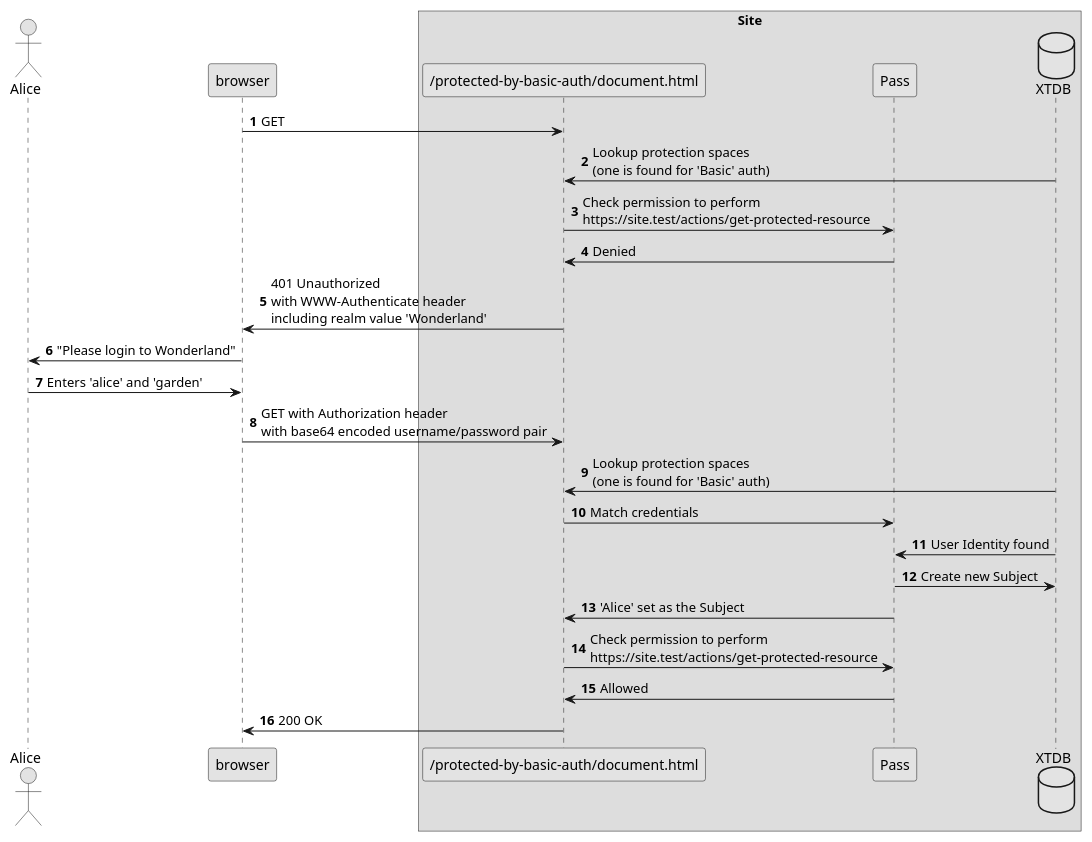
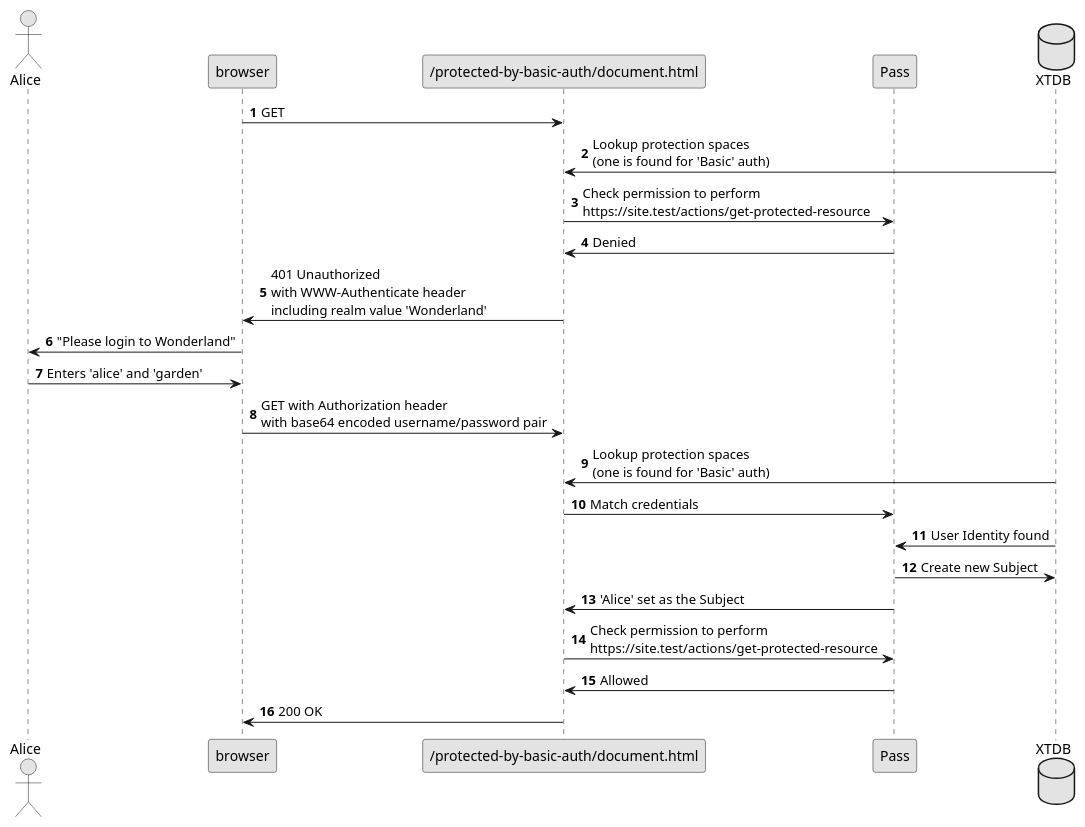
The diagram in doc/next/BasicAuthentication.adoc (juxt/site), drawn with PlantUML before and after one commit. The commit also changed 7 other files, not shown here.

```diff
--- a/doc/next/BasicAuthentication.adoc
+++ b/doc/next/BasicAuthentication.adoc
@@ -50,32 +50,29 @@
 [plantuml,basic-auth-flow,svg]
 ....
 skinparam monochrome true
 autonumber
 
 actor Alice as user
 participant browser
-
-box Site
 participant "/protected-by-basic-auth/document.html" as document
 participant Pass as pass
 database XTDB
-end box
 
 browser -> document: GET
 document <- XTDB: Lookup protection spaces\n(one is found for 'Basic' auth)
 document -> pass: Check permission to perform\nhttps://site.test/actions/get-protected-resource
 document <- pass: Denied
 browser <- document: 401 Unauthorized\nwith WWW-Authenticate header\nincluding realm value 'Wonderland'
 
 user <- browser: "Please login to Wonderland"
 user -> browser: Enters 'alice' and 'garden'
 browser -> document: GET with Authorization header\nwith base64 encoded username/password pair
 document <- XTDB: Lookup protection spaces\n(one is found for 'Basic' auth)
 document -> pass: Match credentials
 pass <- XTDB: User Identity found
 pass -> XTDB: Create new Subject
 document <- pass: 'Alice' set as the Subject
 document -> pass: Check permission to perform\nhttps://site.test/actions/get-protected-resource
 document <- pass: Allowed
 browser <- document: 200 OK
 ....
```
